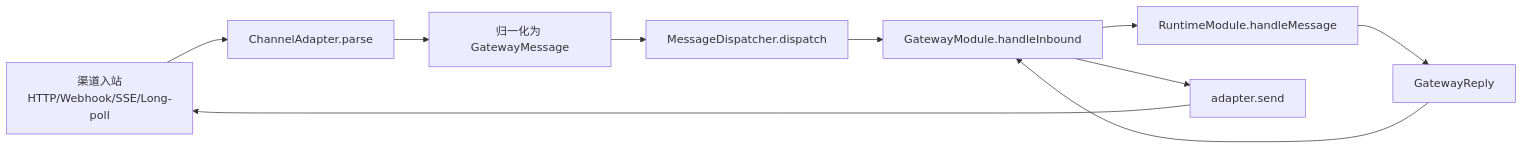
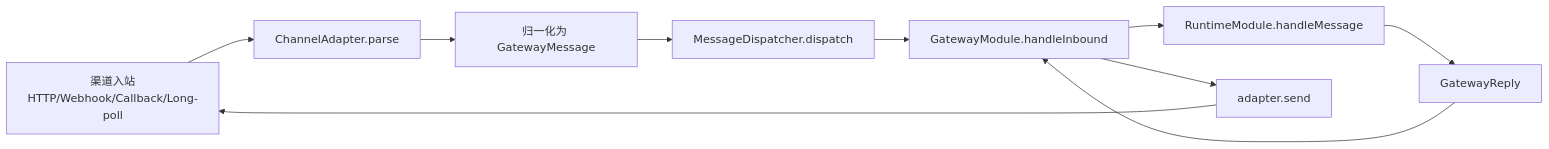
One commit to flyflor/flyflor changed the second of 2 diagrams in docs/gateway.channels.md. Above: the diagram before and after it, drawn with Mermaid. The commit also changed other lines of this file and 127 other files, not shown here.

````diff
--- a/docs/gateway.channels.md
+++ b/docs/gateway.channels.md
@@ -72,12 +81,12 @@
 ```mermaid
 flowchart LR
-    External["渠道入站<br/>HTTP/Webhook/SSE/Long-poll"] --> Adapter["ChannelAdapter.parse"]
+    External["渠道入站<br/>HTTP/Webhook/Callback/Long-poll"] --> Adapter["ChannelAdapter.parse"]
     Adapter --> Norm["归一化为 GatewayMessage"]
     Norm --> Disp["MessageDispatcher.dispatch"]
     Disp --> GW["GatewayModule.handleInbound"]
     GW --> RT["RuntimeModule.handleMessage"]
     RT --> Reply["GatewayReply"]
     Reply --> GW
     GW --> Adapter2["adapter.send"]
     Adapter2 --> External
 ```
````
